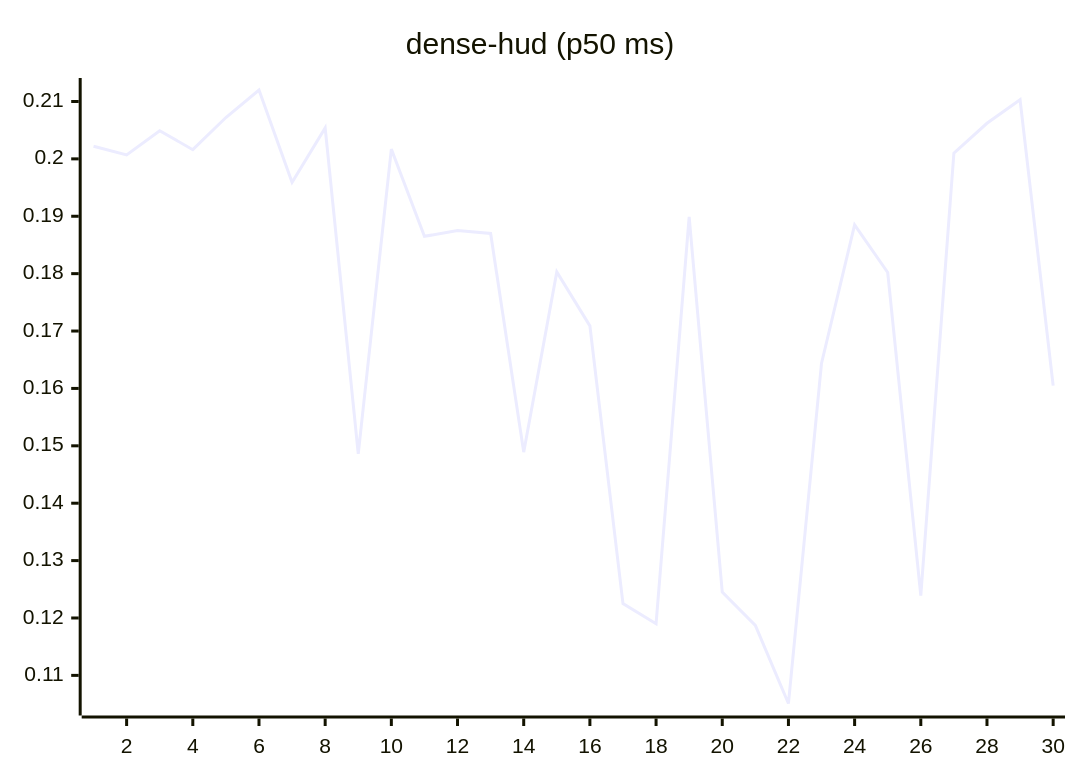
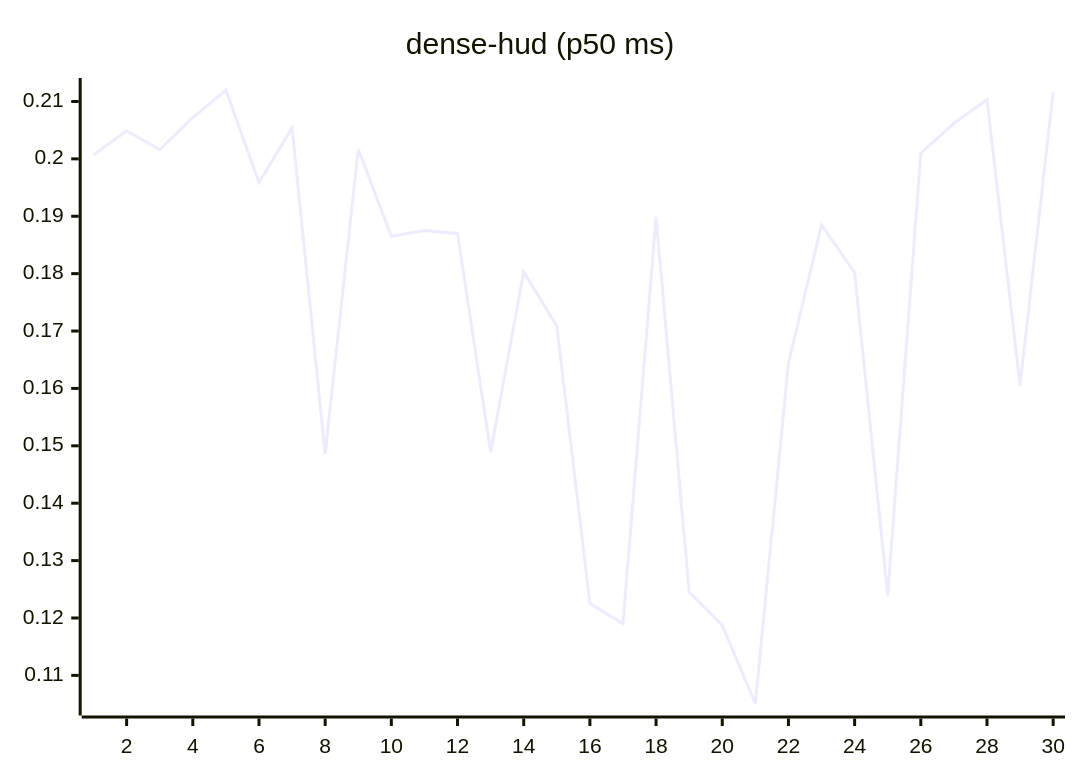
One commit to josha/Facet changed the eighth of 27 diagrams in README.md. Above: the diagram before and after it, drawn with Mermaid. The commit also changed other lines of this file and 2 other files, not shown here.

````diff
--- a/README.md
+++ b/README.md
@@ -112,6 +112,6 @@
 ```mermaid
 xychart-beta
     title "dense-hud (p50 ms)"
     x-axis 1 --> 30
-    line [0.2022, 0.2007, 0.2049, 0.2016, 0.2072, 0.2120, 0.1959, 0.2054, 0.1486, 0.2017, 0.1865, 0.1875, 0.1870, 0.1489, 0.1803, 0.1709, 0.1225, 0.1190, 0.1899, 0.1245, 0.1187, 0.1051, 0.1644, 0.1885, 0.1802, 0.1239, 0.2010, 0.2062, 0.2103, 0.1605]
+    line [0.2007, 0.2049, 0.2016, 0.2072, 0.2120, 0.1959, 0.2054, 0.1486, 0.2017, 0.1865, 0.1875, 0.1870, 0.1489, 0.1803, 0.1709, 0.1225, 0.1190, 0.1899, 0.1245, 0.1187, 0.1051, 0.1644, 0.1885, 0.1802, 0.1239, 0.2010, 0.2062, 0.2103, 0.1605, 0.2117]
 ```
````
